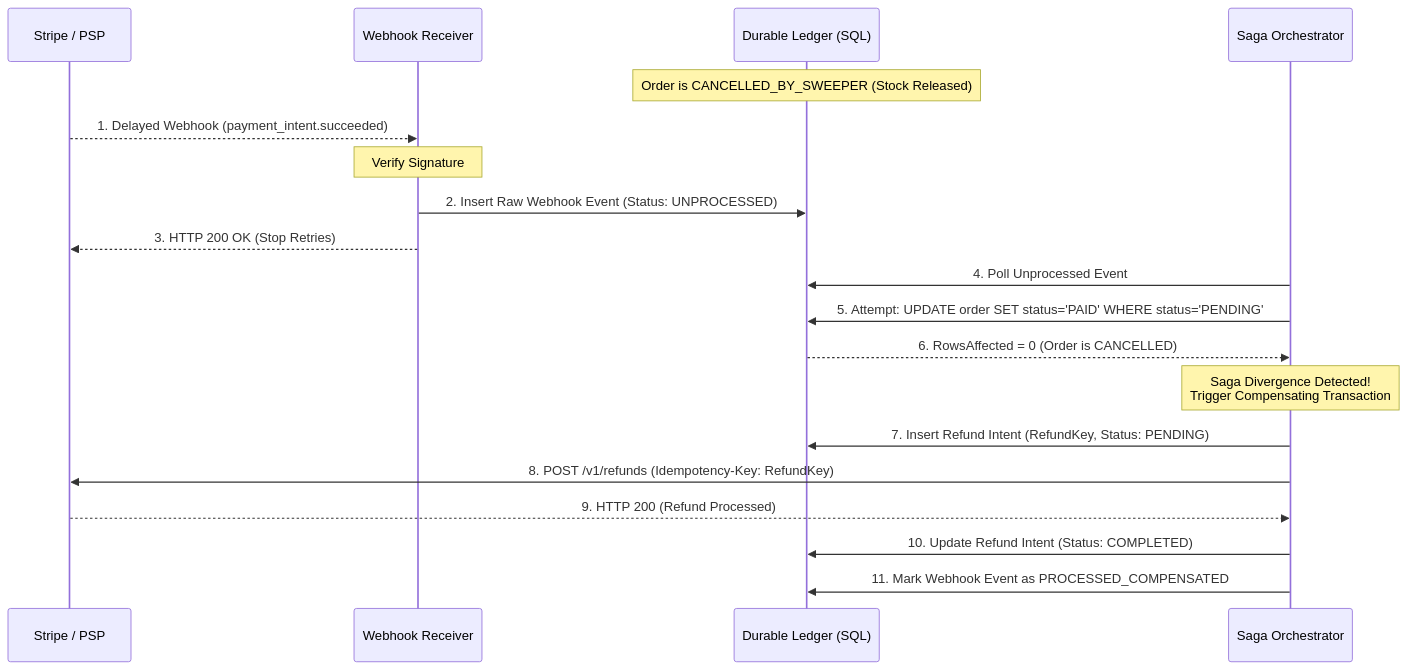
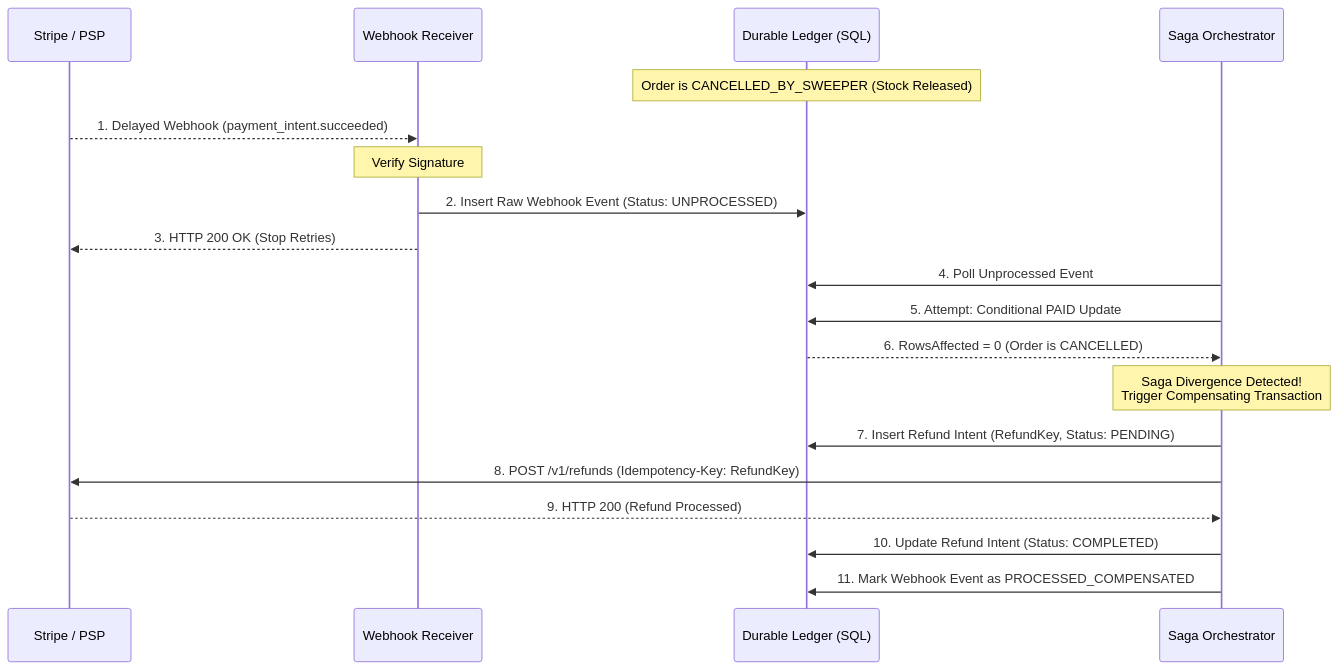
The diagram in content/posts/series_3/4.global_flash_sale_engine_payment_idempotency.md (tuanhiep/tuanhiep.github.io), drawn with Mermaid before and after one commit. The commit also changed other lines of this file, not shown here.

````diff
--- a/content/posts/series_3/4.global_flash_sale_engine_payment_idempotency.md
+++ b/content/posts/series_3/4.global_flash_sale_engine_payment_idempotency.md
@@ -146,24 +156,24 @@
 ```mermaid
 sequenceDiagram
     participant PSP as Stripe / PSP
     participant WH as Webhook Receiver
     participant DB as Durable Ledger (SQL)
     participant Worker as Saga Orchestrator
 
     Note over DB: Order is CANCELLED_BY_SWEEPER (Stock Released)
     PSP-->>WH: 1. Delayed Webhook (payment_intent.succeeded)
     Note over WH: Verify Signature
     WH->>DB: 2. Insert Raw Webhook Event (Status: UNPROCESSED)
     WH-->>PSP: 3. HTTP 200 OK (Stop Retries)
     
     Worker->>DB: 4. Poll Unprocessed Event
-    Worker->>DB: 5. Attempt: UPDATE order SET status='PAID' WHERE status='PENDING'
+    Worker->>DB: 5. Attempt: Conditional PAID Update
     DB-->>Worker: 6. RowsAffected = 0 (Order is CANCELLED)
     
     Note over Worker: Saga Divergence Detected!<br/>Trigger Compensating Transaction
     Worker->>DB: 7. Insert Refund Intent (RefundKey, Status: PENDING)
     Worker->>PSP: 8. POST /v1/refunds (Idempotency-Key: RefundKey)
     PSP-->>Worker: 9. HTTP 200 (Refund Processed)
     Worker->>DB: 10. Update Refund Intent (Status: COMPLETED)
     Worker->>DB: 11. Mark Webhook Event as PROCESSED_COMPENSATED
 ```
````
